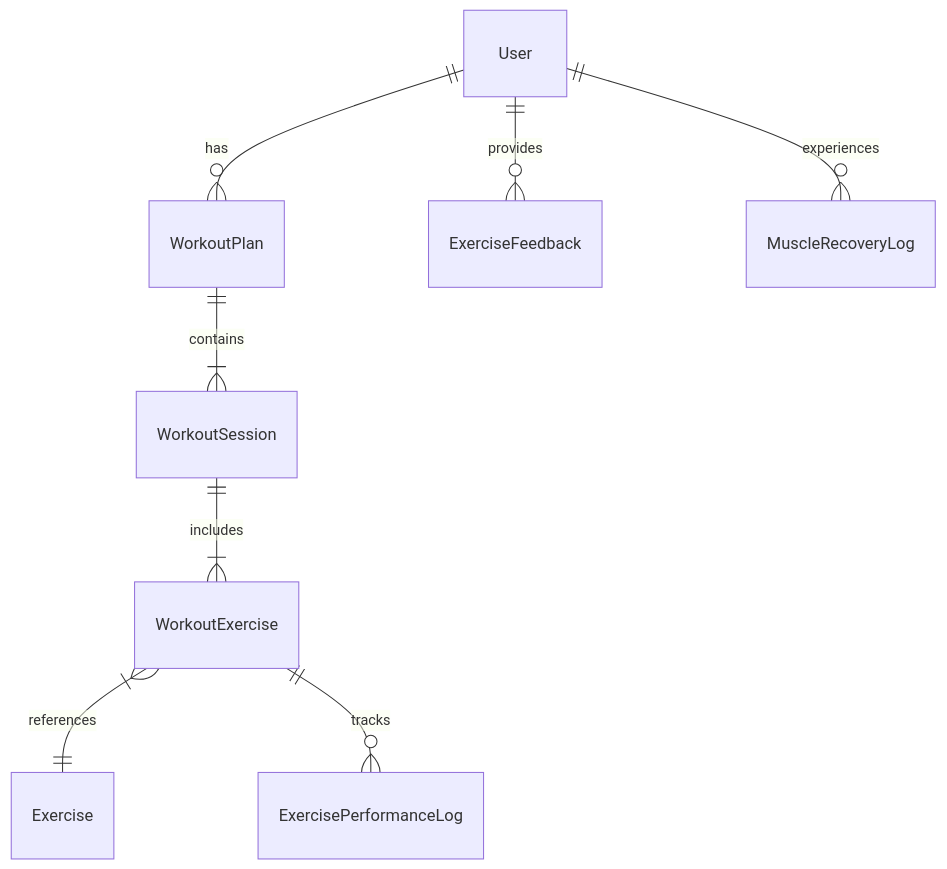
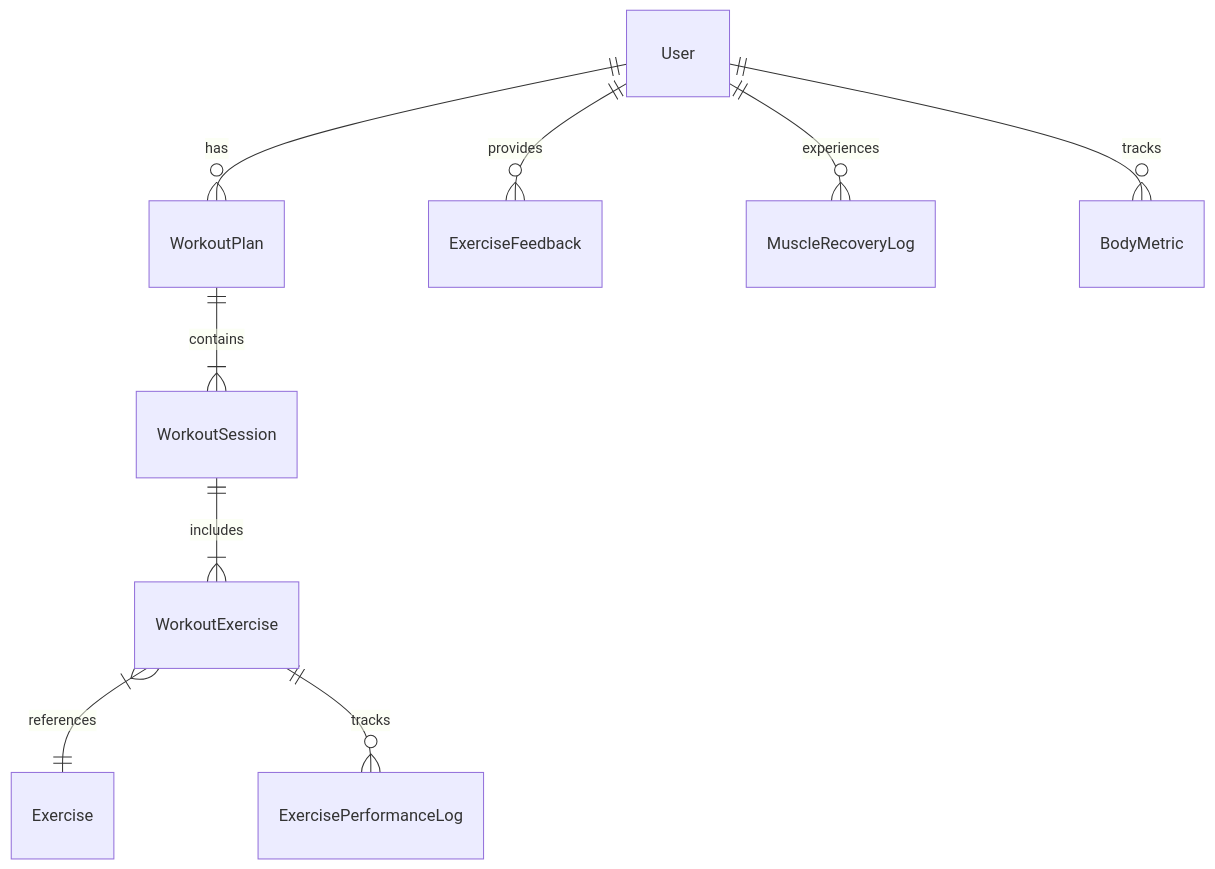
The diagram in docs/DATABASE.md (minilikt/flexet_backend_node), drawn with Mermaid before and after one commit. The commit also changed other lines of this file and 26 other files, not shown here.

````diff
--- a/docs/DATABASE.md
+++ b/docs/DATABASE.md
@@ -49,10 +53,11 @@
 ```mermaid
 erDiagram
     User ||--o{ WorkoutPlan : has
     WorkoutPlan ||--|{ WorkoutSession : contains
     WorkoutSession ||--|{ WorkoutExercise : includes
     WorkoutExercise }|--|| Exercise : references
     WorkoutExercise ||--o{ ExercisePerformanceLog : tracks
     User ||--o{ ExerciseFeedback : provides
     User ||--o{ MuscleRecoveryLog : experiences
+    User ||--o{ BodyMetric : tracks
 ```
````
